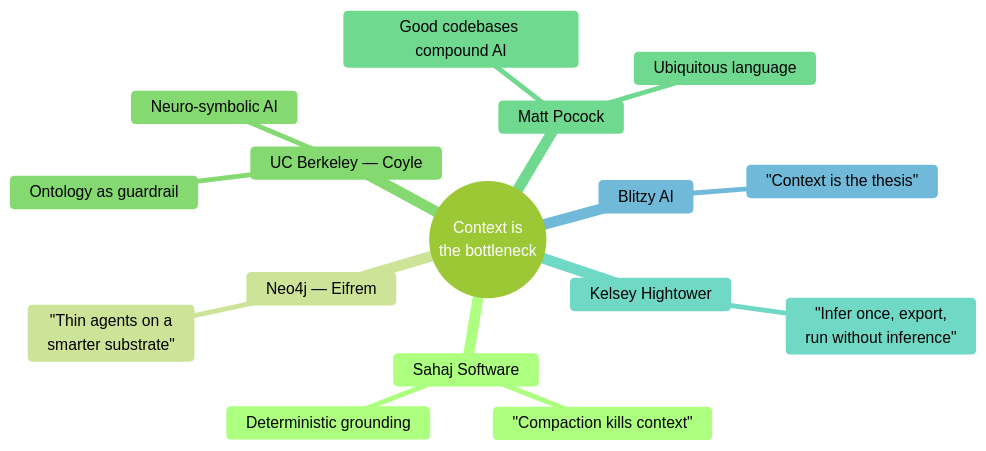
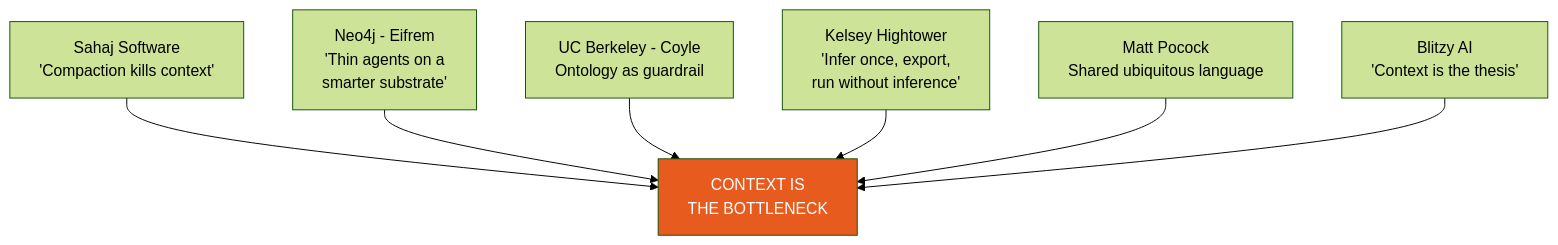
Before and after one commit to rounak-das2008/BTACoreBankingHCLTech-KG: the second of 7 diagrams in research/03-slide-deck-content.md, drawn with Mermaid (forest theme). The commit also changed other lines of this file and 29 other files, not shown here.

First line of the commit message:
Add PRIME.AI v2 slide contents, research paper and verified diagrams

````diff
--- a/research/03-slide-deck-content.md
+++ b/research/03-slide-deck-content.md
@@ -97,19 +183,20 @@
 ```mermaid
-mindmap
-  root((Context is<br/>the bottleneck))
-    Sahaj Software
-      "Compaction kills context"
-      Deterministic grounding
-    Neo4j — Eifrem
-      "Thin agents on a<br/>smarter substrate"
-    UC Berkeley — Coyle
-      Ontology as guardrail
-      Neuro-symbolic AI
-    Matt Pocock
-      Ubiquitous language
-      Good codebases compound AI
-    Kelsey Hightower
-      "Infer once, export,<br/>run without inference"
-    Blitzy AI
-      "Context is the thesis"
+flowchart TB
+    C["CONTEXT IS<br/>THE BOTTLENECK"]
+
+    S1["Sahaj Software<br/>'Compaction kills context'"]
+    S2["Neo4j - Eifrem<br/>'Thin agents on a<br/>smarter substrate'"]
+    S3["UC Berkeley - Coyle<br/>Ontology as guardrail"]
+    S4["Kelsey Hightower<br/>'Infer once, export,<br/>run without inference'"]
+    S5["Matt Pocock<br/>Shared ubiquitous language"]
+    S6["Blitzy AI<br/>'Context is the thesis'"]
+
+    S1 --> C
+    S2 --> C
+    S3 --> C
+    S4 --> C
+    S5 --> C
+    S6 --> C
+
+    style C fill:#E85B1E,color:#ffffff
 ```
````
